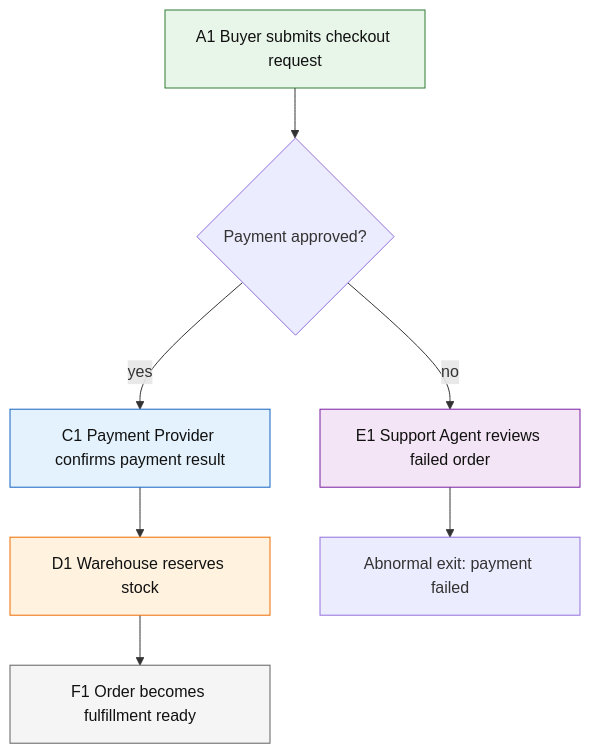
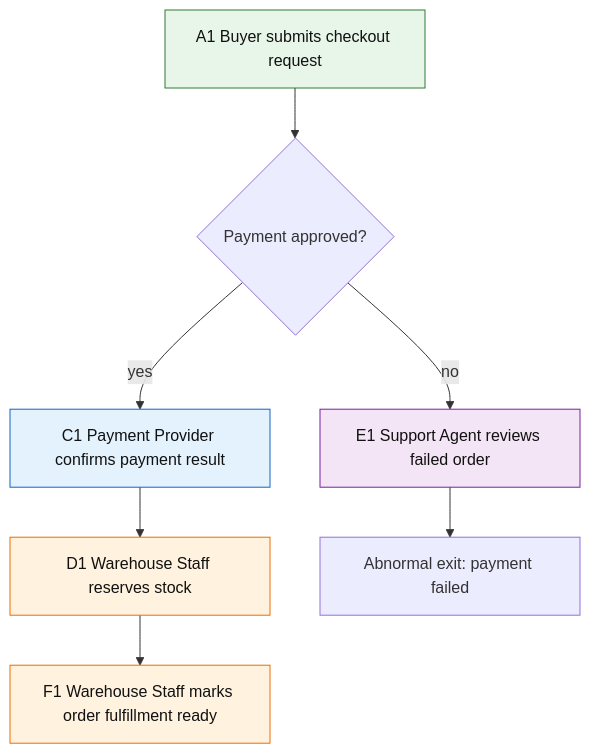
One commit to 554943871/repo-wiki changed the diagram in skills/references/writing-blocks/activity-map.md. Above: the diagram before and after it, drawn with Mermaid. The commit also changed other lines of this file and 9 other files, not shown here.

````diff
--- a/skills/references/writing-blocks/activity-map.md
+++ b/skills/references/writing-blocks/activity-map.md
@@ -26,25 +26,23 @@
 ```mermaid
 flowchart TD
   A1[A1 Buyer submits checkout request]
   B{Payment approved?}
   C1[C1 Payment Provider confirms payment result]
-  D1[D1 Warehouse reserves stock]
+  D1[D1 Warehouse Staff reserves stock]
   E1[E1 Support Agent reviews failed order]
-  F1[F1 Order becomes fulfillment ready]
+  F1[F1 Warehouse Staff marks order fulfillment ready]
   X[Abnormal exit: payment failed]
 
   A1 --> B
   B -- yes --> C1 --> D1 --> F1
   B -- no --> E1 --> X
 
   class A1 buyer;
   class C1 paymentProvider;
-  class D1 warehouse;
+  class D1,F1 warehouseStaff;
   class E1 supportAgent;
-  class F1 order;
   classDef buyer fill:#E8F5E9,stroke:#2E7D32,color:#111;
   classDef paymentProvider fill:#E3F2FD,stroke:#1565C0,color:#111;
-  classDef warehouse fill:#FFF3E0,stroke:#EF6C00,color:#111;
+  classDef warehouseStaff fill:#FFF3E0,stroke:#EF6C00,color:#111;
   classDef supportAgent fill:#F3E5F5,stroke:#7B1FA2,color:#111;
-  classDef order fill:#F5F5F5,stroke:#616161,color:#111;
 ```
````
